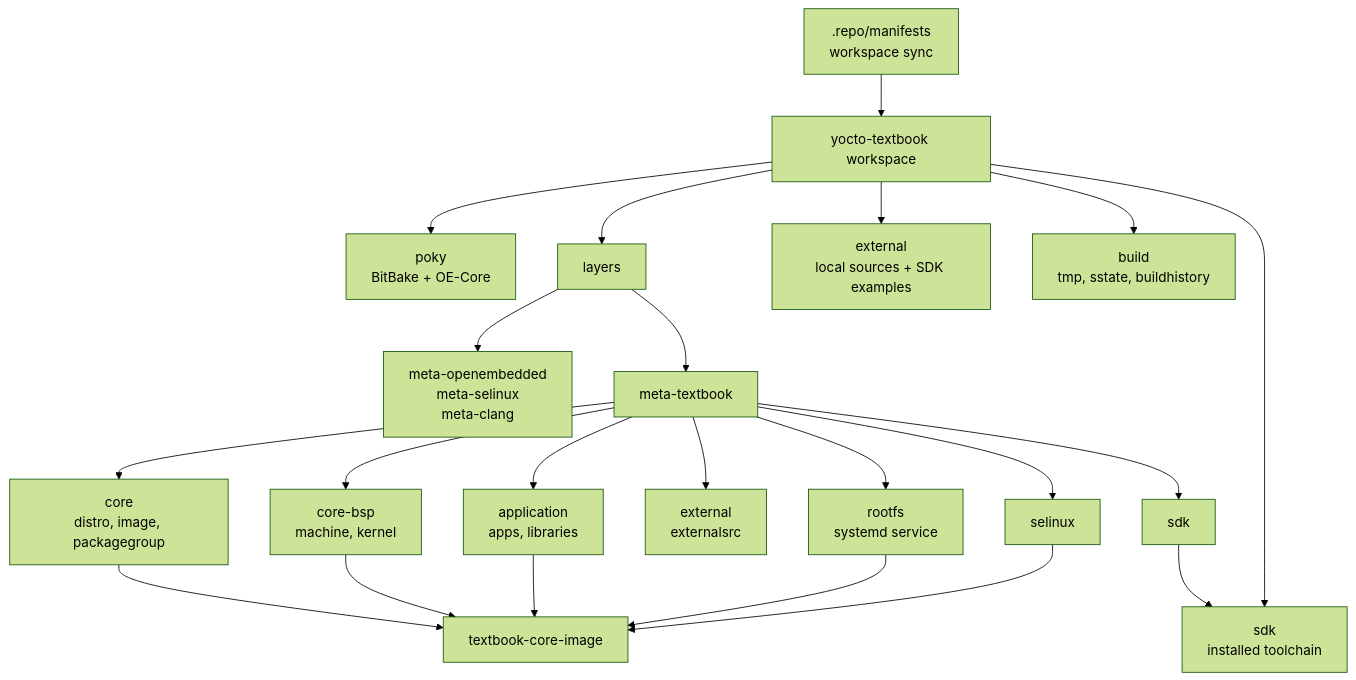
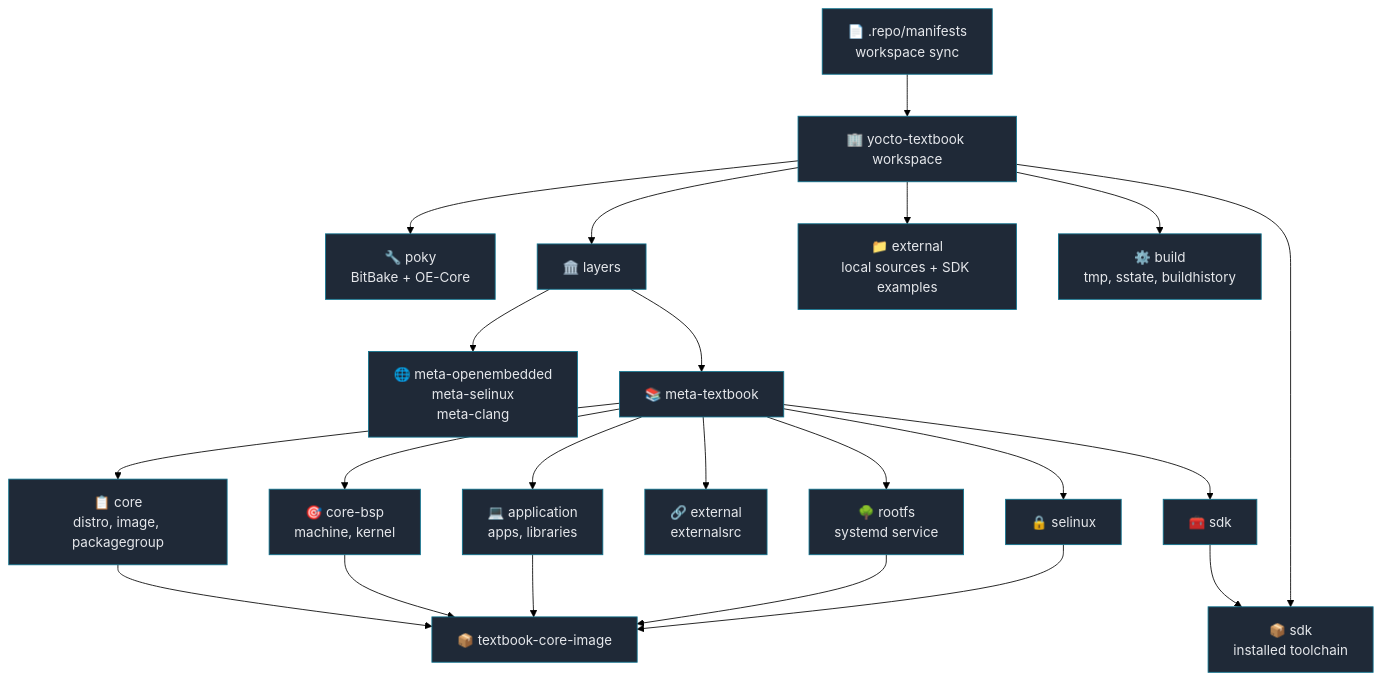
One commit to yocto-textbook/document changed the diagram in README.md. Above: the diagram before and after it, drawn with Mermaid (forest theme). The commit also changed other lines of this file and 17 other files, not shown here.

````diff
--- a/README.md
+++ b/README.md
@@ -38,27 +44,45 @@
 ```mermaid
 flowchart TB
-    Manifest[".repo/manifests<br/>workspace sync"] --> Workspace["yocto-textbook workspace"]
-    Workspace --> Poky["poky<br/>BitBake + OE-Core"]
-    Workspace --> Layers["layers"]
-    Workspace --> External["external<br/>local sources + SDK examples"]
-    Workspace --> Build["build<br/>tmp, sstate, buildhistory"]
-    Workspace --> SDK["sdk<br/>installed toolchain"]
+    Manifest["📄 .repo/manifests<br/>workspace sync"] --> Workspace["🏢 yocto-textbook workspace"]
+    Workspace --> Poky["🔧 poky<br/>BitBake + OE-Core"]
+    Workspace --> Layers["🏛️ layers"]
+    Workspace --> External["📁 external<br/>local sources + SDK examples"]
+    Workspace --> Build["⚙️ build<br/>tmp, sstate, buildhistory"]
+    Workspace --> SDK["📦 sdk<br/>installed toolchain"]
 
-    Layers --> Upstream["meta-openembedded<br/>meta-selinux<br/>meta-clang"]
-    Layers --> Textbook["meta-textbook"]
+    Layers --> Upstream["🌐 meta-openembedded<br/>meta-selinux<br/>meta-clang"]
+    Layers --> Textbook["📚 meta-textbook"]
 
-    Textbook --> Core["core<br/>distro, image, packagegroup"]
-    Textbook --> BSP["core-bsp<br/>machine, kernel"]
-    Textbook --> App["application<br/>apps, libraries"]
-    Textbook --> ExtLayer["external<br/>externalsrc"]
-    Textbook --> Rootfs["rootfs<br/>systemd service"]
-    Textbook --> Security["selinux"]
-    Textbook --> SDKLayer["sdk"]
+    Textbook --> Core["📋 core<br/>distro, image, packagegroup"]
+    Textbook --> BSP["🎯 core-bsp<br/>machine, kernel"]
+    Textbook --> App["💻 application<br/>apps, libraries"]
+    Textbook --> ExtLayer["🔗 external<br/>externalsrc"]
+    Textbook --> Rootfs["🌳 rootfs<br/>systemd service"]
+    Textbook --> Security["🔒 selinux"]
+    Textbook --> SDKLayer["🧰 sdk"]
 
-    Core --> Image["textbook-core-image"]
+    Core --> Image["📦 textbook-core-image"]
     BSP --> Image
     App --> Image
     Rootfs --> Image
     Security --> Image
     SDKLayer --> SDK
+
+    style Manifest fill:#1f2937,stroke:#0e7490,stroke-width:1px,color:#e5e7eb
+    style Workspace fill:#1f2937,stroke:#0e7490,stroke-width:1px,color:#e5e7eb
+    style Poky fill:#1f2937,stroke:#0e7490,stroke-width:1px,color:#e5e7eb
+    style Layers fill:#1f2937,stroke:#0e7490,stroke-width:1px,color:#e5e7eb
+    style External fill:#1f2937,stroke:#0e7490,stroke-width:1px,color:#e5e7eb
+    style Build fill:#1f2937,stroke:#0e7490,stroke-width:1px,color:#e5e7eb
+    style SDK fill:#1f2937,stroke:#0e7490,stroke-width:1px,color:#e5e7eb
+    style Upstream fill:#1f2937,stroke:#0e7490,stroke-width:1px,color:#e5e7eb
+    style Textbook fill:#1f2937,stroke:#0e7490,stroke-width:1px,color:#e5e7eb
+    style Core fill:#1f2937,stroke:#0e7490,stroke-width:1px,color:#e5e7eb
+    style BSP fill:#1f2937,stroke:#0e7490,stroke-width:1px,color:#e5e7eb
+    style App fill:#1f2937,stroke:#0e7490,stroke-width:1px,color:#e5e7eb
+    style ExtLayer fill:#1f2937,stroke:#0e7490,stroke-width:1px,color:#e5e7eb
+    style Rootfs fill:#1f2937,stroke:#0e7490,stroke-width:1px,color:#e5e7eb
+    style Security fill:#1f2937,stroke:#0e7490,stroke-width:1px,color:#e5e7eb
+    style SDKLayer fill:#1f2937,stroke:#0e7490,stroke-width:1px,color:#e5e7eb
+    style Image fill:#1f2937,stroke:#0e7490,stroke-width:1px,color:#e5e7eb
 ```
````
